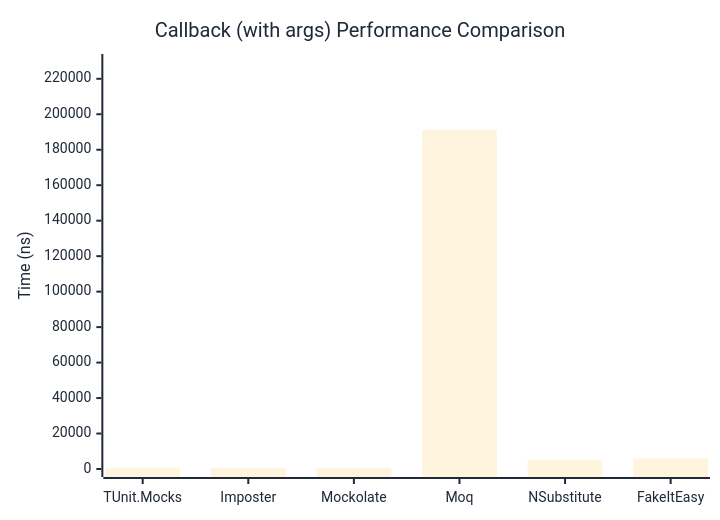
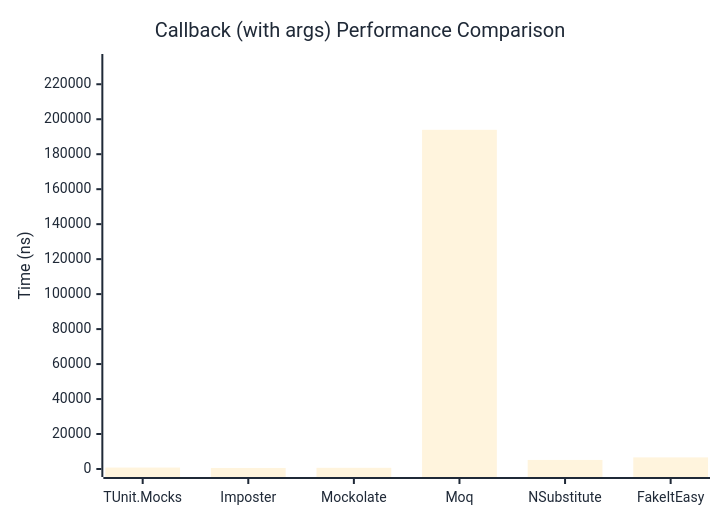
The second of 2 diagrams in docs/docs/benchmarks/mocks/Callback.md (thomhurst/TUnit), drawn with Mermaid before and after one commit. The commit also changed other lines of this file and 14 other files, not shown here.

````diff
--- a/docs/docs/benchmarks/mocks/Callback.md
+++ b/docs/docs/benchmarks/mocks/Callback.md
@@ -69,27 +69,27 @@
 ```mermaid
 %%{init: {
   'theme':'base',
   'themeVariables': {
     'primaryColor': '#2563eb',
     'primaryTextColor': '#1f2937',
     'primaryBorderColor': '#1e40af',
     'lineColor': '#6b7280',
     'secondaryColor': '#7c3aed',
     'tertiaryColor': '#dc2626',
     'background': '#ffffff',
     'pie1': '#2563eb',
     'pie2': '#7c3aed',
     'pie3': '#dc2626',
     'pie4': '#f59e0b',
     'pie5': '#10b981',
     'pie6': '#06b6d4',
     'pie7': '#ec4899',
     'pie8': '#6366f1'
   }
 }}%%
 xychart-beta
   title "Callback (with args) Performance Comparison"
   x-axis ["TUnit.Mocks", "Imposter", "Mockolate", "Moq", "NSubstitute", "FakeItEasy"]
-  y-axis "Time (ns)" 0 --> 229467
-  bar [786.2, 529.7, 651.3, 191221.7, 5182.6, 5968.9]
+  y-axis "Time (ns)" 0 --> 232719
+  bar [814.2, 598.2, 676.7, 193932.5, 5182.1, 6631.6]
 ```
````
